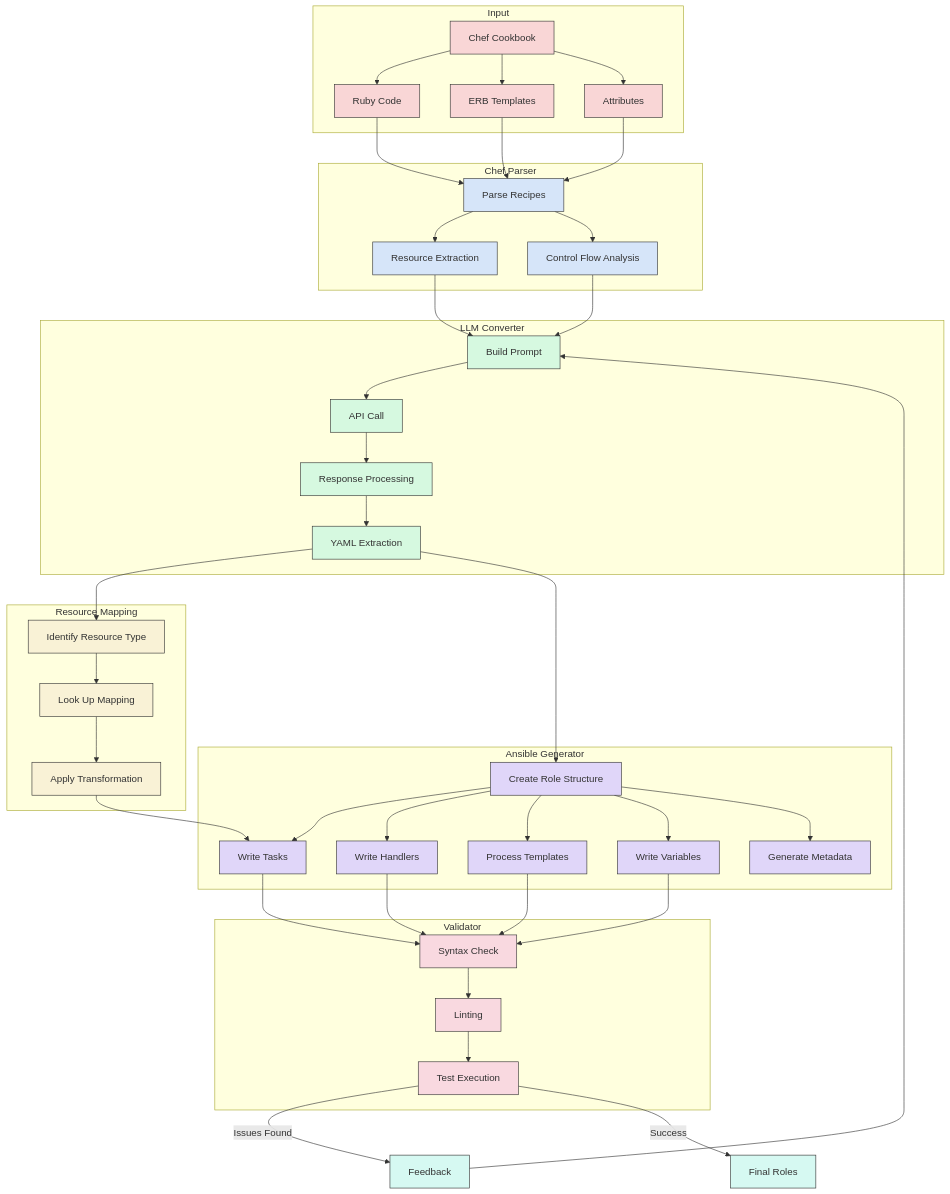
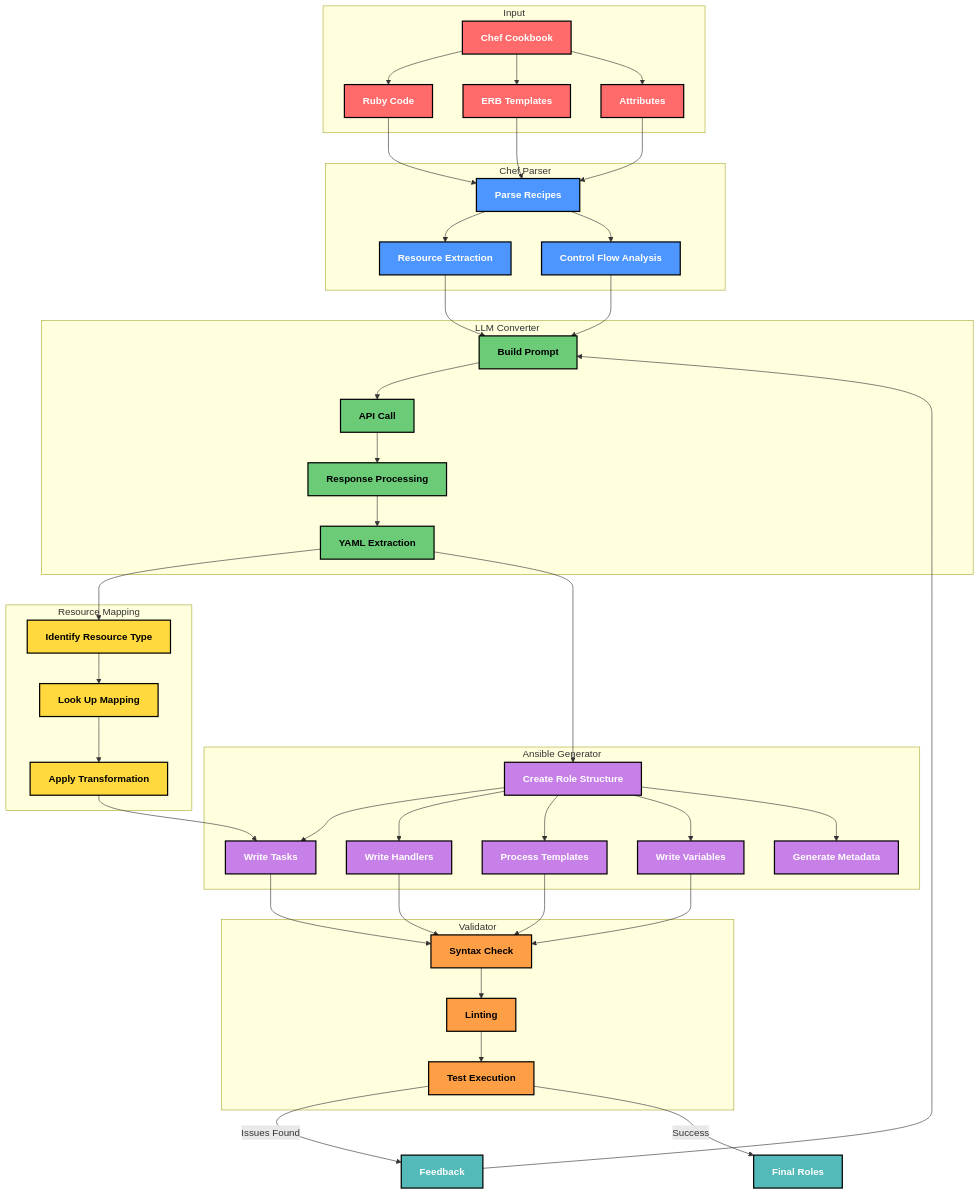
The second of 3 diagrams in README.md (joelio/chef-to-ansible-converter), drawn with Mermaid before and after one commit. The commit also changed other lines of this file, not shown here.

Commit message:
Improve Mermaid diagrams with high-contrast colors for better readability in both light and dark modes

````diff
--- a/README.md
+++ b/README.md
@@ -79,75 +80,76 @@
 ```mermaid
 flowchart TD
     subgraph "Input"
         A1[Chef Cookbook] --> A2[Ruby Code]
         A1 --> A3[ERB Templates]
         A1 --> A4[Attributes]
     end
 
     subgraph "Chef Parser"
         B1[Parse Recipes] --> B2[Resource Extraction]
         B1 --> B3[Control Flow Analysis]
     end
 
     subgraph "LLM Converter"
         C1[Build Prompt] --> C2[API Call]
         C2 --> C3[Response Processing]
         C3 --> C4[YAML Extraction]
     end
 
     subgraph "Resource Mapping"
         D1[Identify Resource Type] --> D2[Look Up Mapping]
         D2 --> D3[Apply Transformation]
     end
 
     subgraph "Ansible Generator"
         E1[Create Role Structure] --> E2[Write Tasks]
         E1 --> E3[Write Handlers]
         E1 --> E4[Process Templates]
         E1 --> E5[Write Variables]
         E1 --> E6[Generate Metadata]
     end
 
     subgraph "Validator"
         F1[Syntax Check] --> F2[Linting]
         F2 --> F3[Test Execution]
     end
 
     A2 --> B1
     A3 --> B1
     A4 --> B1
 
     B2 --> C1
     B3 --> C1
 
     C4 --> D1
     C4 --> E1
 
     D3 --> E2
 
     E2 --> F1
     E3 --> F1
     E4 --> F1
     E5 --> F1
 
     F3 -->|Issues Found| G1[Feedback]
     F3 -->|Success| G2[Final Roles]
 
     G1 --> C1
 
-    classDef input fill:#f9d6d6,stroke:#333,stroke-width:1px
-    classDef parser fill:#d6e5f9,stroke:#333,stroke-width:1px
-    classDef llm fill:#d6f9e0,stroke:#333,stroke-width:1px
-    classDef mapper fill:#f9f2d6,stroke:#333,stroke-width:1px
-    classDef generator fill:#e0d6f9,stroke:#333,stroke-width:1px
-    classDef validator fill:#f9d9e0,stroke:#333,stroke-width:1px
-    classDef output fill:#d6f9f2,stroke:#333,stroke-width:1px
+    %% High-contrast colors that work in both light and dark modes
+    classDef input fill:#FF6B6B,stroke:#000,stroke-width:2px,color:#FFF,font-weight:bold
+    classDef parser fill:#4D96FF,stroke:#000,stroke-width:2px,color:#FFF,font-weight:bold
+    classDef llm fill:#6BCB77,stroke:#000,stroke-width:2px,color:#000,font-weight:bold
+    classDef mapper fill:#FFD93D,stroke:#000,stroke-width:2px,color:#000,font-weight:bold
+    classDef generator fill:#C780E8,stroke:#000,stroke-width:2px,color:#FFF,font-weight:bold
+    classDef validator fill:#FF9F45,stroke:#000,stroke-width:2px,color:#000,font-weight:bold
+    classDef output fill:#54BAB9,stroke:#000,stroke-width:2px,color:#FFF,font-weight:bold
 
     class A1,A2,A3,A4 input
     class B1,B2,B3 parser
     class C1,C2,C3,C4 llm
     class D1,D2,D3 mapper
     class E1,E2,E3,E4,E5,E6 generator
     class F1,F2,F3 validator
     class G1,G2 output
 ```
````
